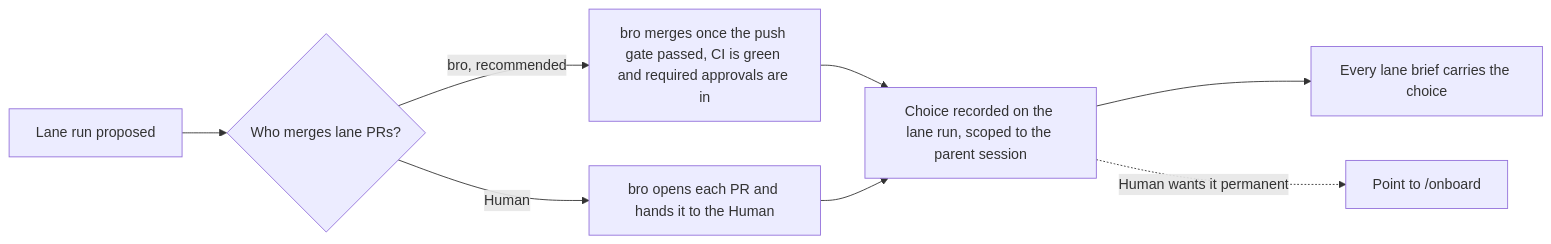
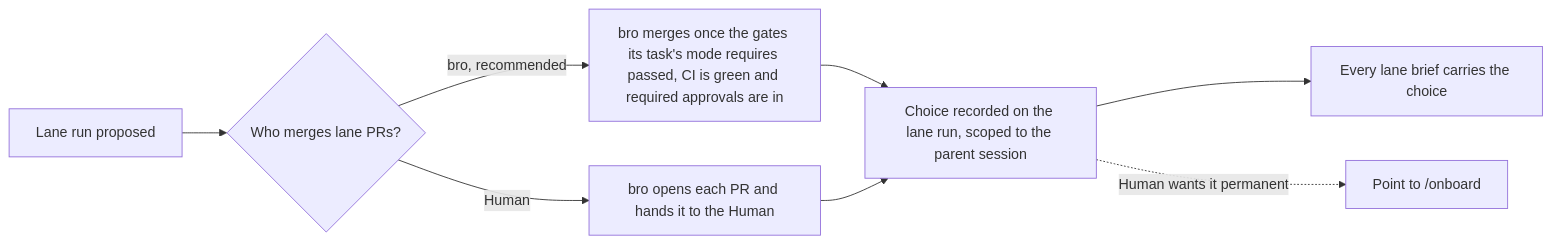
Before and after one commit to trustmybot/plugin: the first of 6 diagrams in docs/architecture/LANES.md, drawn with Mermaid. The commit also changed other lines of this file and 7 other files, not shown here.

Commit message:
📝 docs(flows): plan flow 3.9 agile review mode (GH 2225)

````diff
--- a/docs/architecture/LANES.md
+++ b/docs/architecture/LANES.md
@@ -31,10 +31,10 @@
 ```mermaid
 flowchart LR
     A[Lane run proposed] --> B{Who merges lane PRs?}
-    B -- bro, recommended --> C[bro merges once the push gate passed, CI is green and required approvals are in]
+    B -- bro, recommended --> C[bro merges once the gates its task's mode requires passed, CI is green and required approvals are in]
     B -- Human --> D[bro opens each PR and hands it to the Human]
     C --> E[Choice recorded on the lane run, scoped to the parent session]
     D --> E
     E --> F[Every lane brief carries the choice]
     E -. Human wants it permanent .-> G[Point to /onboard]
 ```
````
